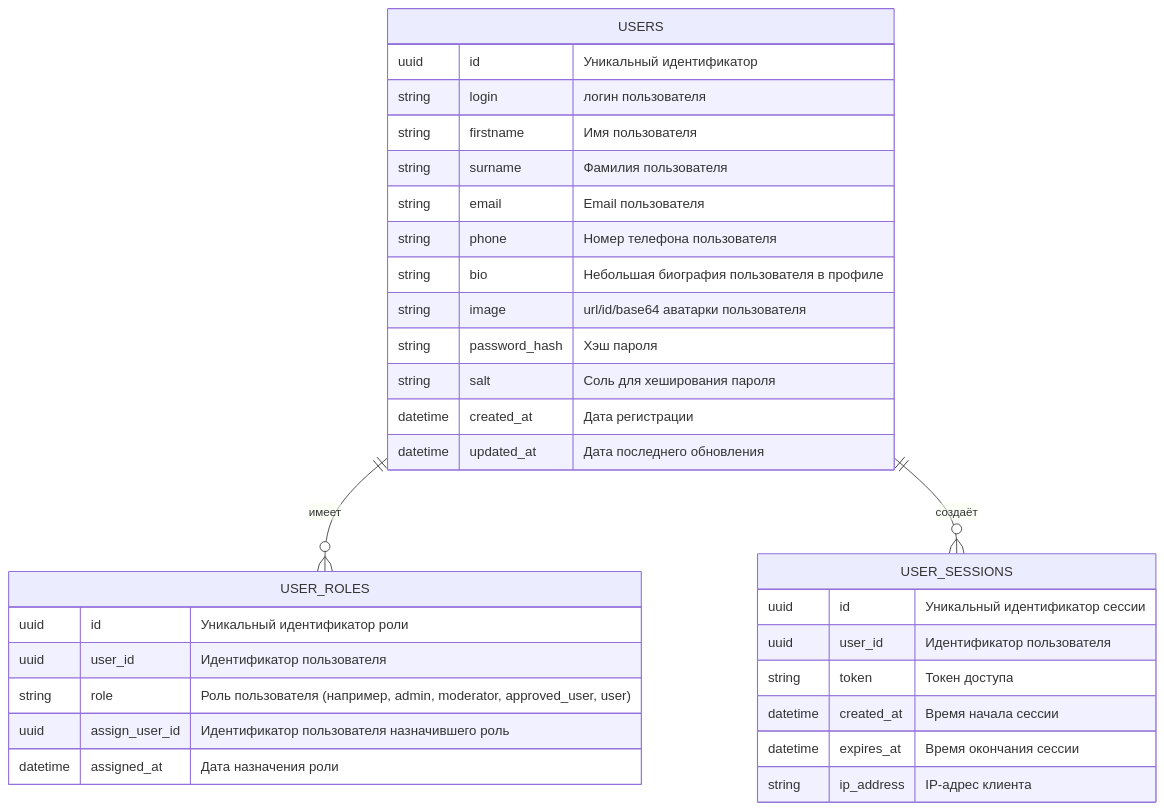
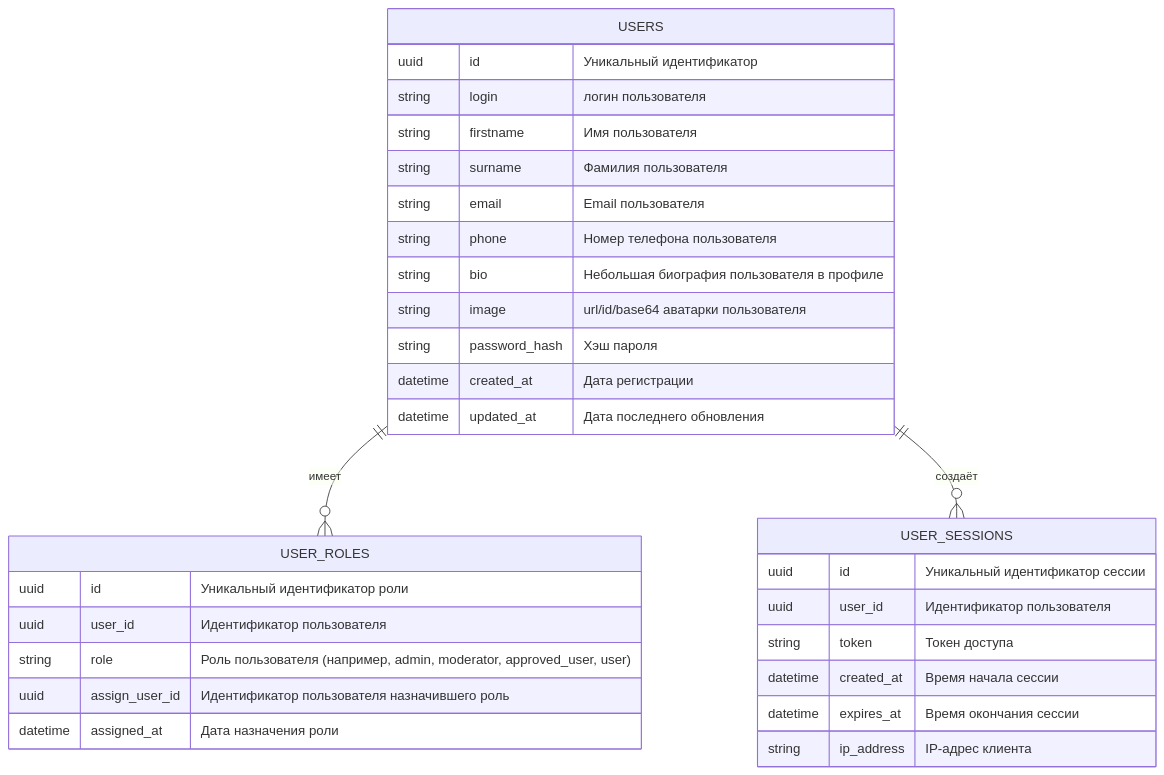
The diagram in docs/diagrams/er/user_service.mermaid (zahartd/social-network), drawn with Mermaid before and after one commit. The commit also changed 12 other files, not shown here.

```diff
--- a/docs/diagrams/er/user_service.mermaid
+++ b/docs/diagrams/er/user_service.mermaid
@@ -1,33 +1,32 @@
 erDiagram
     USERS {
         uuid id "Уникальный идентификатор"
         string login "логин пользователя"
         string firstname "Имя пользователя"
         string surname "Фамилия пользователя"
         string email "Email пользователя"
         string phone "Номер телефона пользователя"
         string bio "Небольшая биография пользователя в профиле"
         string image "url/id/base64 аватарки пользователя"
         string password_hash "Хэш пароля"
-        string salt "Соль для хеширования пароля"
         datetime created_at "Дата регистрации"
         datetime updated_at "Дата последнего обновления"
     }
     USER_ROLES {
         uuid id "Уникальный идентификатор роли"
         uuid user_id "Идентификатор пользователя"
         string role "Роль пользователя (например, admin, moderator, approved_user, user)"
         uuid assign_user_id "Идентификатор пользователя назначившего роль"
         datetime assigned_at "Дата назначения роли"
     }
     USER_SESSIONS {
         uuid id "Уникальный идентификатор сессии"
         uuid user_id "Идентификатор пользователя"
         string token "Токен доступа"
         datetime created_at "Время начала сессии"
         datetime expires_at "Время окончания сессии"
         string ip_address "IP-адрес клиента"
     }
 
     USERS ||--o{ USER_ROLES : "имеет"
     USERS ||--o{ USER_SESSIONS : "создаёт"
```
